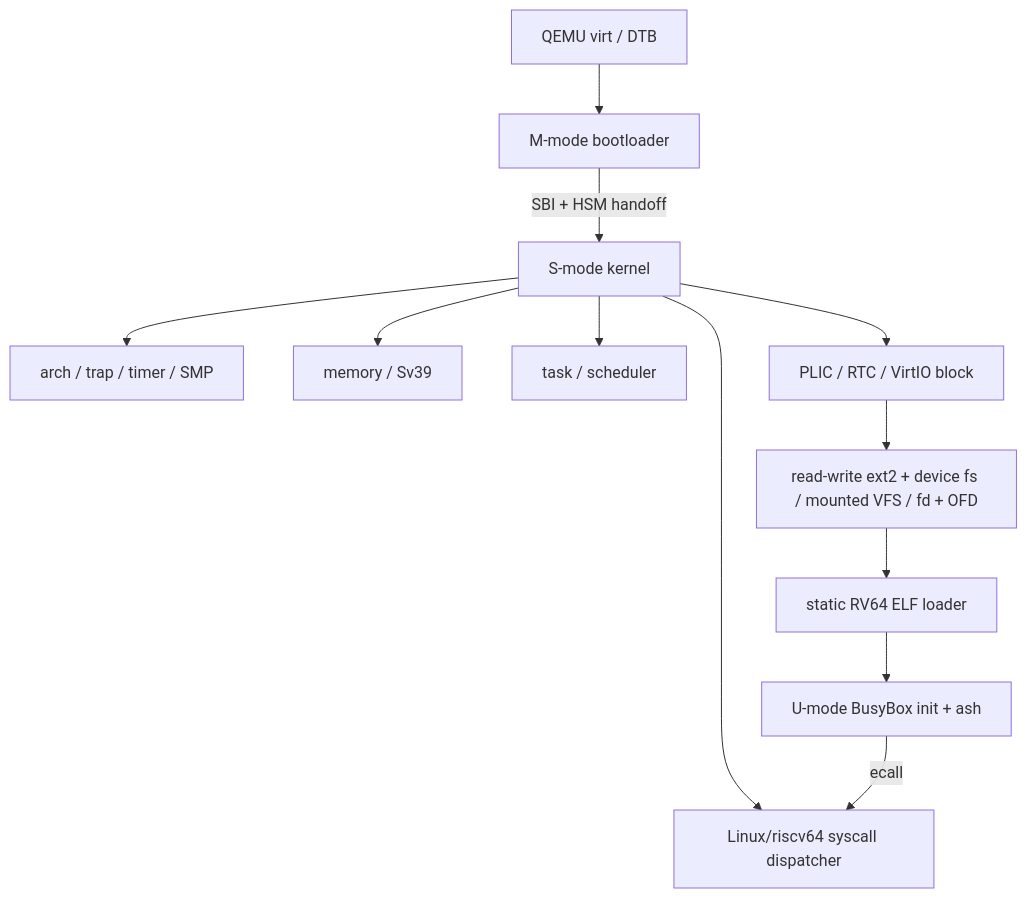
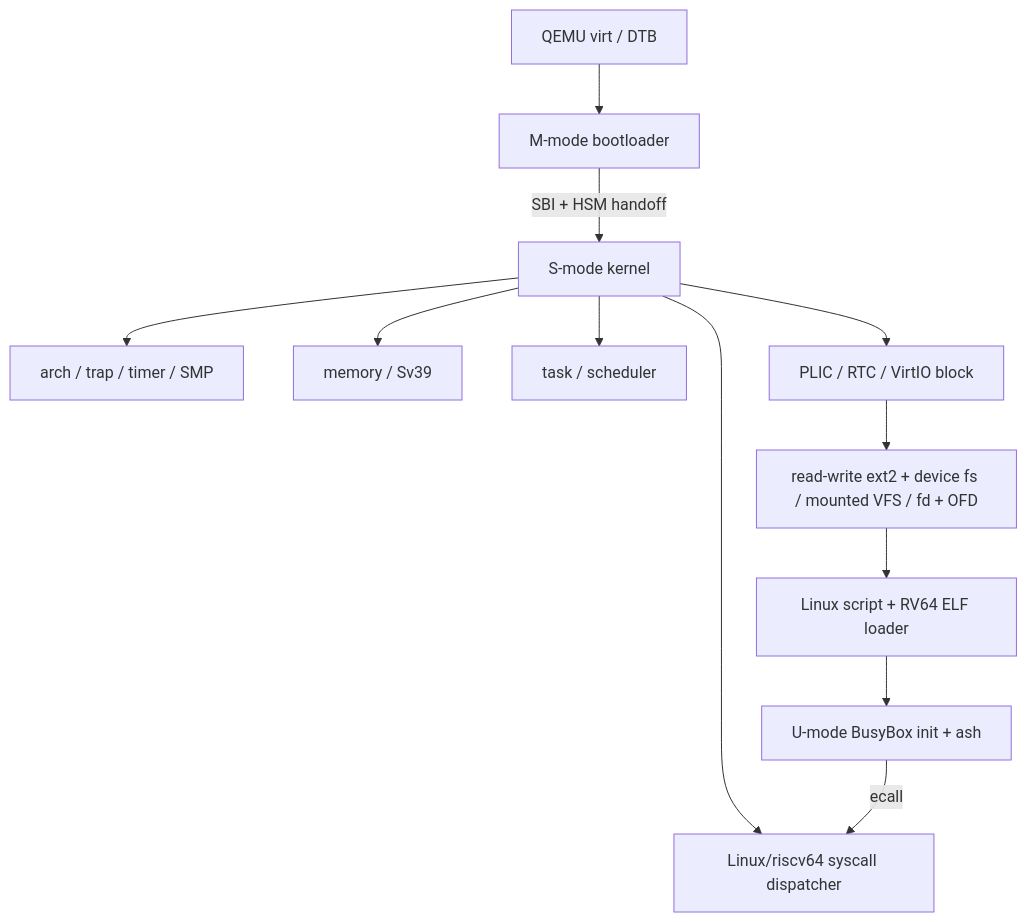
One commit to gitwillsky/lite_os changed the diagram in docs/architecture.md. Above: the diagram before and after it, drawn with Mermaid. The commit also changed other lines of this file and 13 other files, not shown here.

````diff
--- a/docs/architecture.md
+++ b/docs/architecture.md
@@ -20,14 +20,14 @@
 ```mermaid
 flowchart TD
     Q["QEMU virt / DTB"] --> B["M-mode bootloader"]
     B -->|"SBI + HSM handoff"| K["S-mode kernel"]
     K --> A["arch / trap / timer / SMP"]
     K --> M["memory / Sv39"]
     K --> T["task / scheduler"]
     K --> D["PLIC / RTC / VirtIO block"]
     D --> F["read-write ext2 + device fs / mounted VFS / fd + OFD"]
     K --> S["Linux/riscv64 syscall dispatcher"]
-    F --> E["static RV64 ELF loader"]
+    F --> E["Linux script + RV64 ELF loader"]
     E --> U["U-mode BusyBox init + ash"]
     U -->|"ecall"| S
 ```
````
